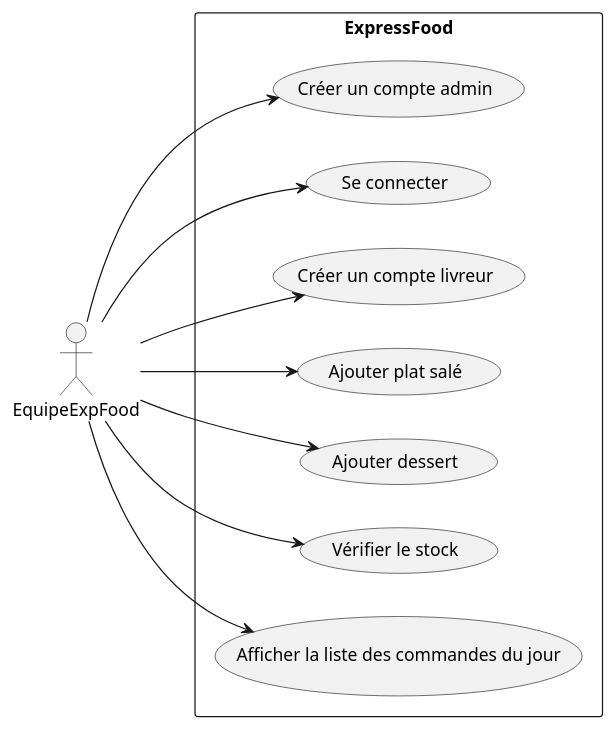
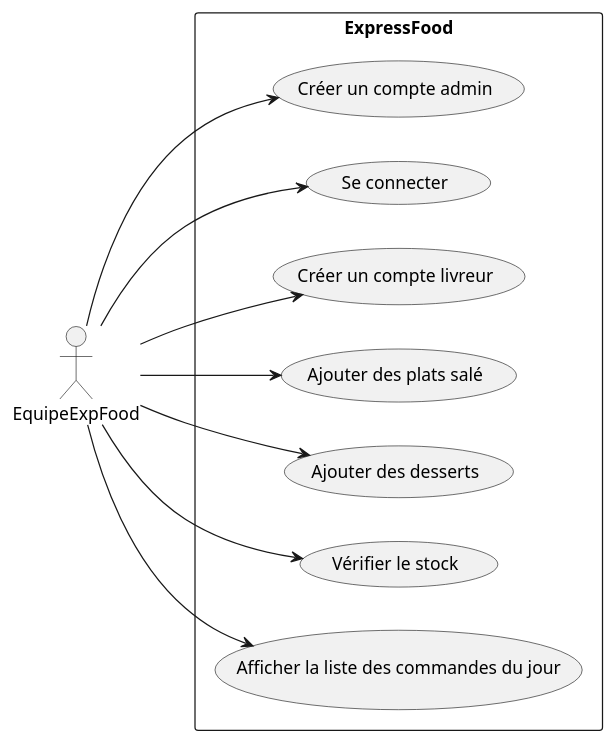
The diagram in UseCase/EquipeExpFood.puml (laurasullyalexandrine/expressfood), drawn with PlantUML before and after one commit. The commit also changed 1 other file, not shown here.

```diff
--- a/UseCase/EquipeExpFood.puml
+++ b/UseCase/EquipeExpFood.puml
@@ -2,27 +2,27 @@
 @startuml EquipeExpFood
 
 left to right direction
 
 actor "EquipeExpFood" as EquipeExpFood
 
 rectangle ExpressFood {
   usecase "Créer un compte admin" as UC1
   usecase "Se connecter" as UC2
   usecase "Créer un compte livreur" as UC3
-  usecase "Ajouter plat salé" as UC4
-  usecase "Ajouter dessert" as UC5
+  usecase "Ajouter des plats salé" as UC4
+  usecase "Ajouter des desserts" as UC5
   usecase "Vérifier le stock" as UC6
   usecase "Afficher la liste des commandes du jour" as UC7
 }
 
 EquipeExpFood --> UC1
 EquipeExpFood --> UC2
 EquipeExpFood --> UC3
 EquipeExpFood --> UC4
 EquipeExpFood --> UC5
 EquipeExpFood --> UC6
 EquipeExpFood --> UC7
 
 
 
 @enduml
```
